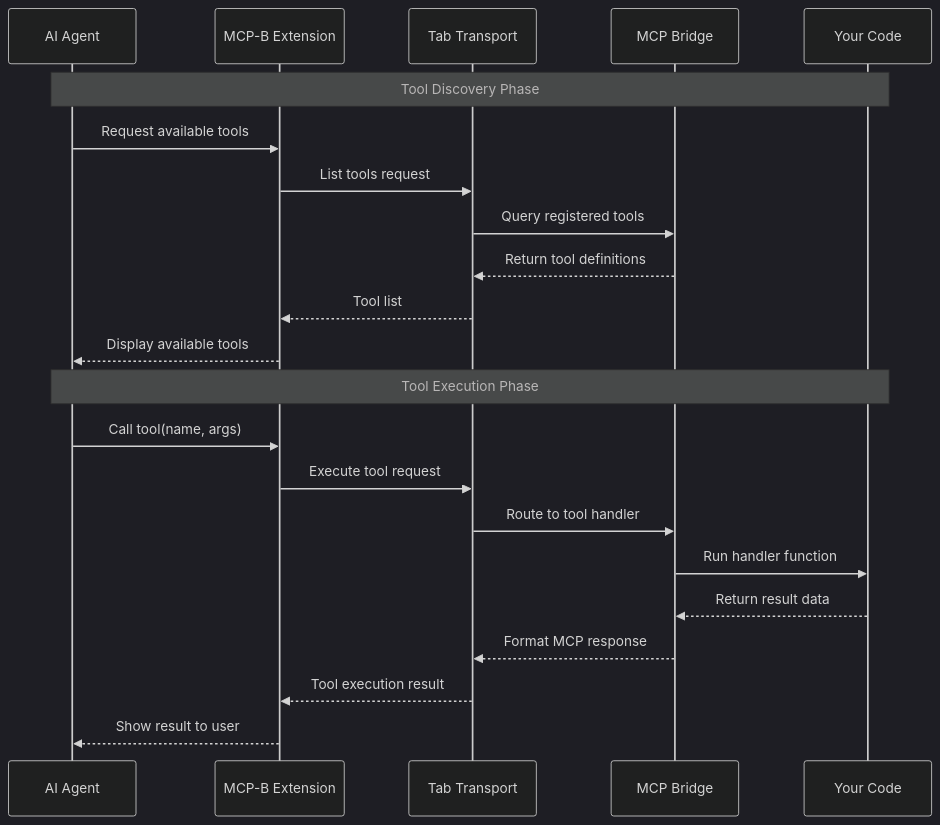
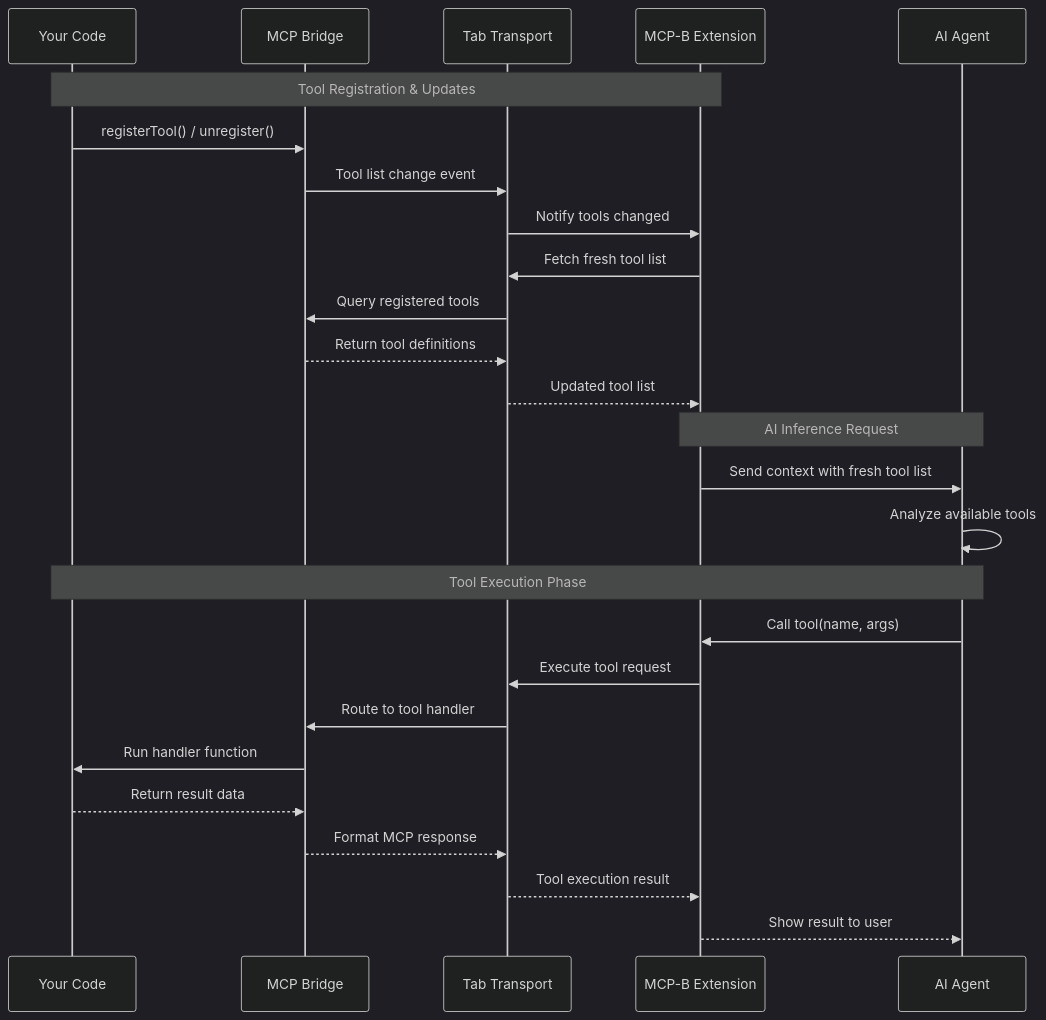
The eighth of 10 diagrams in concepts.mdx (WebMCP-org/docs), drawn with Mermaid (dark theme) before and after one commit. The commit also changed other lines of this file, not shown here.

Commit message:
fix: update Tool Execution Flow to show event-driven tool list updates
Updated the sequence diagram to accurately reflect how the extension works:
- Websites emit tool list change events when tools register/unregister
- Extension listens for these events and refetches the fresh tool list
- Extension includes the fresh tool list with AI inference requests
- AI then has current tools available when making decisions

Generated with [Claude Code](https://claude.com/claude-code)

````diff
--- a/concepts.mdx
+++ b/concepts.mdx
@@ -278,26 +278,31 @@
 ```mermaid
 sequenceDiagram
+    participant W as Your Code
+    participant B as MCP Bridge
+    participant T as Tab Transport
+    participant X as MCP-B Extension
     participant A as AI Agent
-    participant X as MCP-B Extension
-    participant T as Tab Transport
-    participant B as MCP Bridge
-    participant W as Your Code
 
-    Note over A,W: Tool Discovery Phase
-    A->>X: Request available tools
-    X->>T: List tools request
+    Note over W,X: Tool Registration & Updates
+    W->>B: registerTool() / unregister()
+    B->>T: Tool list change event
+    T->>X: Notify tools changed
+    X->>T: Fetch fresh tool list
     T->>B: Query registered tools
     B-->>T: Return tool definitions
-    T-->>X: Tool list
-    X-->>A: Display available tools
+    T-->>X: Updated tool list
 
-    Note over A,W: Tool Execution Phase
+    Note over X,A: AI Inference Request
+    X->>A: Send context with fresh tool list
+    A->>A: Analyze available tools
+
+    Note over W,A: Tool Execution Phase
     A->>X: Call tool(name, args)
     X->>T: Execute tool request
     T->>B: Route to tool handler
     B->>W: Run handler function
     W-->>B: Return result data
     B-->>T: Format MCP response
     T-->>X: Tool execution result
     X-->>A: Show result to user
 ```
````
